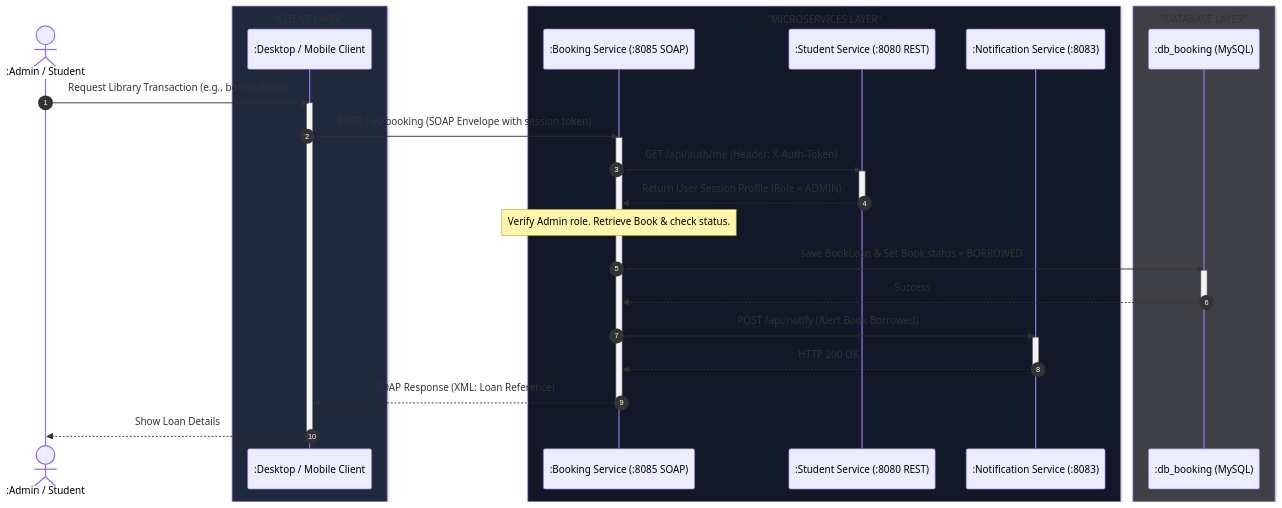
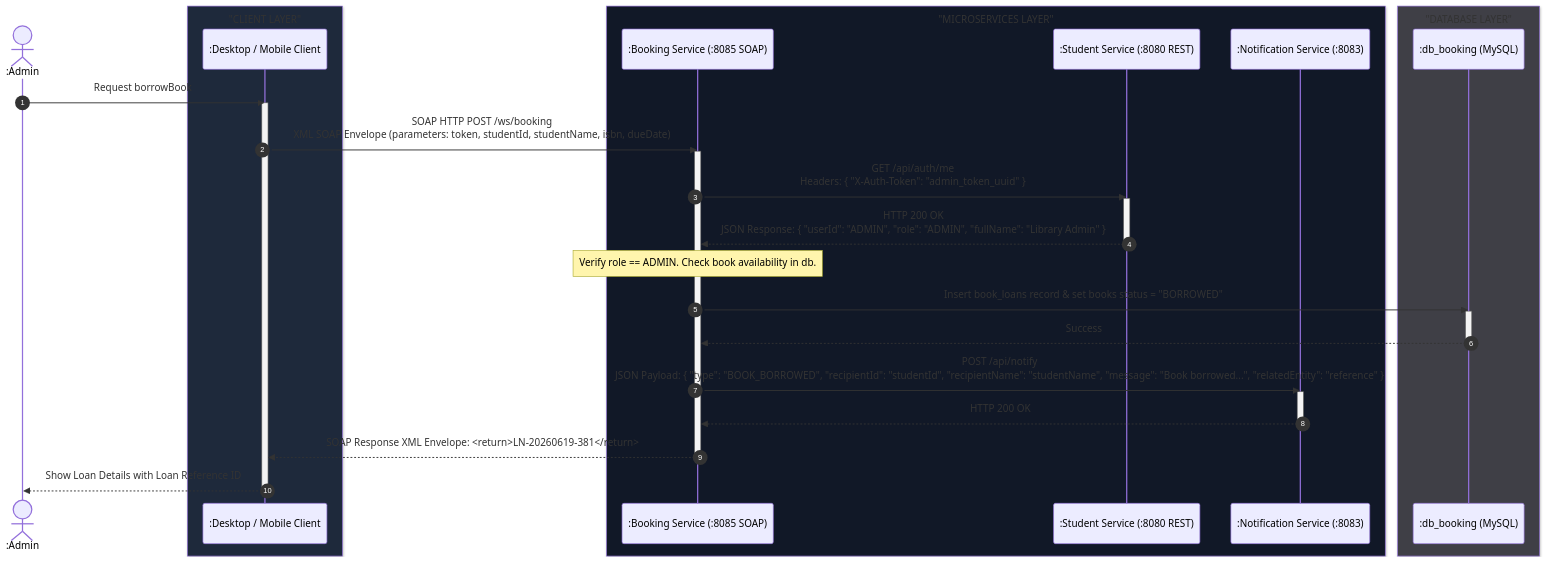
Before and after one commit to AzimAminz/SmartCampusConnect: the third of 4 diagrams in README.md, drawn with Mermaid. The commit also changed other lines of this file, not shown here.

Commit message:
docs: align sequence diagram request and response payloads with mobile app schemas

````diff
--- a/README.md
+++ b/README.md
@@ -148,48 +148,48 @@
 ```mermaid
 sequenceDiagram
     autonumber
     
-    actor Admin as :Admin / Student
+    actor Admin as :Admin
     box rgb(30, 41, 59) "CLIENT LAYER"
         participant Desktop as :Desktop / Mobile Client
     end
 
     box rgb(17, 24, 39) "MICROSERVICES LAYER"
         participant Booking as :Booking Service (:8085 SOAP)
         participant Gateway as :Student Service (:8080 REST)
         participant Notification as :Notification Service (:8083)
     end
 
     box rgb(63, 63, 70) "DATABASE LAYER"
         participant DB_Booking as :db_booking (MySQL)
     end
 
-    Admin->>Desktop: Request Library Transaction (e.g., borrowBook)
+    Admin->>Desktop: Request borrowBook
     activate Desktop
-    Desktop->>Booking: POST /ws/booking (SOAP Envelope with session token)
+    Desktop->>Booking: SOAP HTTP POST /ws/booking<br/>XML SOAP Envelope (parameters: token, studentId, studentName, isbn, dueDate)
     activate Booking
     
     %% Token Verification Call
-    Booking->>Gateway: GET /api/auth/me (Header: X-Auth-Token)
+    Booking->>Gateway: GET /api/auth/me<br/>Headers: { "X-Auth-Token": "admin_token_uuid" }
     activate Gateway
-    Gateway-->>Booking: Return User Session Profile (Role = ADMIN)
+    Gateway-->>Booking: HTTP 200 OK<br/>JSON Response: { "userId": "ADMIN", "role": "ADMIN", "fullName": "Library Admin" }
     deactivate Gateway
 
     %% Transaction Logic
-    Note over Booking: Verify Admin role. Retrieve Book & check status.
-    Booking->>DB_Booking: Save BookLoan & Set Book status = BORROWED
+    Note over Booking: Verify role == ADMIN. Check book availability in db.
+    Booking->>DB_Booking: Insert book_loans record & set books status = "BORROWED"
     activate DB_Booking
     DB_Booking-->>Booking: Success
     deactivate DB_Booking
 
     %% Notification Dispatch
-    Booking->>Notification: POST /api/notify (Alert Book Borrowed)
+    Booking->>Notification: POST /api/notify<br/>JSON Payload: { "type": "BOOK_BORROWED", "recipientId": "studentId", "recipientName": "studentName", "message": "Book borrowed...", "relatedEntity": "reference" }
     activate Notification
     Notification-->>Booking: HTTP 200 OK
     deactivate Notification
 
-    Booking-->>Desktop: SOAP Response (XML: Loan Reference)
+    Booking-->>Desktop: SOAP Response XML Envelope: <return>LN-20260619-381</return>
     deactivate Booking
-    Desktop-->>Admin: Show Loan Details
+    Desktop-->>Admin: Show Loan Details with Loan Reference ID
     deactivate Desktop
 ```
````
